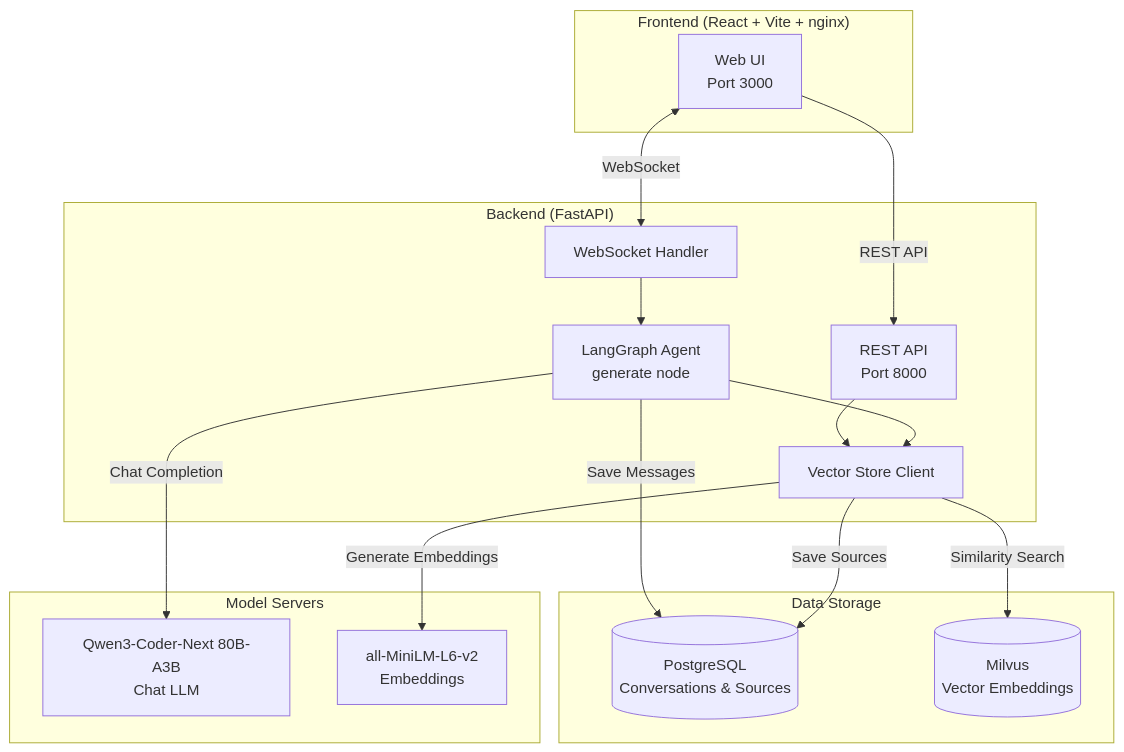
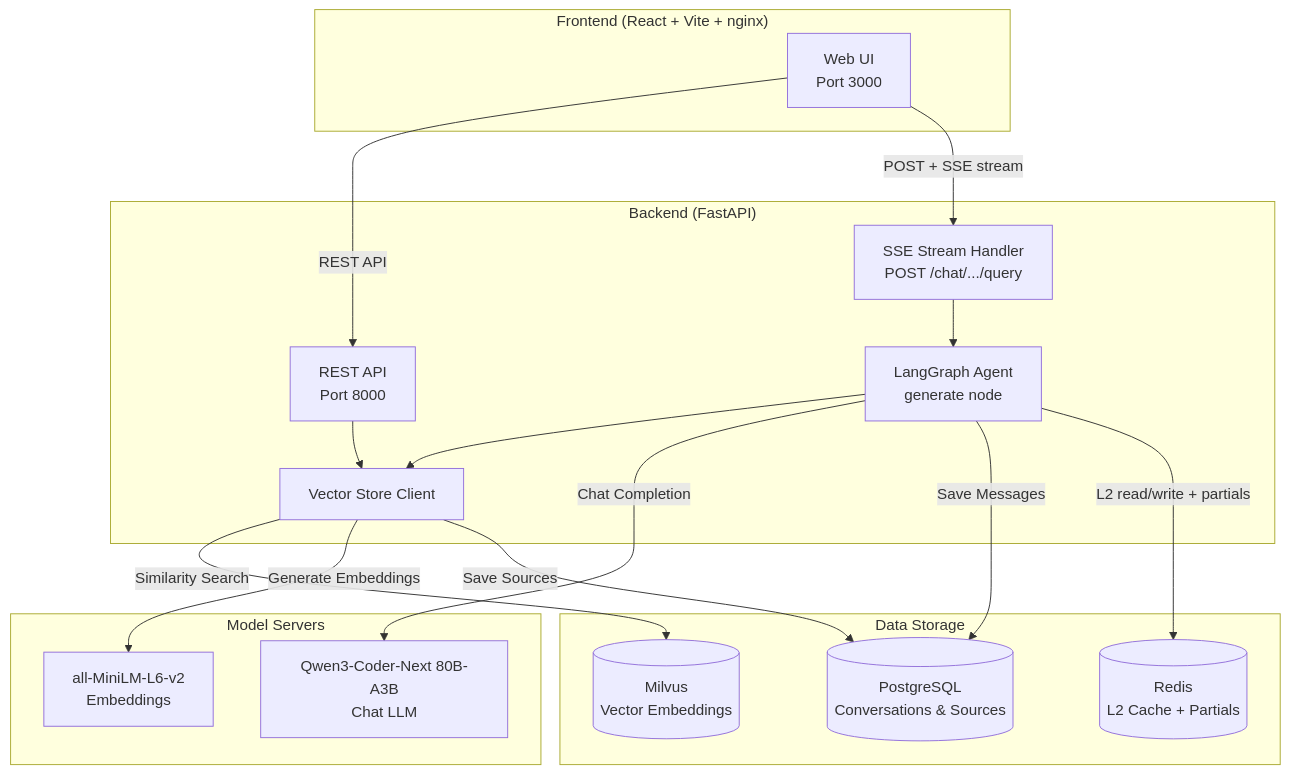
The first of 3 diagrams in README.md (devgig/rag-agent-chatbot), drawn with Mermaid before and after one commit. The commit also changed other lines of this file and 17 other files, not shown here.

First line of the commit message:
Switch chat transport from WebSocket to SSE; add Redis L2 cache

````diff
--- a/README.md
+++ b/README.md
@@ -31,37 +31,39 @@
 ```mermaid
 flowchart TB
     subgraph Frontend["Frontend (React + Vite + nginx)"]
         UI[Web UI<br/>Port 3000]
     end
 
     subgraph Backend["Backend (FastAPI)"]
         API[REST API<br/>Port 8000]
-        WSHandler[WebSocket Handler]
+        SSE[SSE Stream Handler<br/>POST /chat/.../query]
         Agent[LangGraph Agent<br/>generate node]
         VectorStore[Vector Store Client]
     end
 
     subgraph Storage["Data Storage"]
         Postgres[(PostgreSQL<br/>Conversations & Sources)]
+        Redis[(Redis<br/>L2 Cache + Partials)]
         Milvus[(Milvus<br/>Vector Embeddings)]
     end
 
     subgraph Models["Model Servers"]
         LLM[Qwen3-Coder-Next 80B-A3B<br/>Chat LLM]
         Embed[all-MiniLM-L6-v2<br/>Embeddings]
     end
 
     UI -->|REST API| API
-    UI <-->|WebSocket| WSHandler
+    UI -->|POST + SSE stream| SSE
 
-    WSHandler --> Agent
+    SSE --> Agent
     API --> VectorStore
 
     Agent --> VectorStore
     Agent -->|Chat Completion| LLM
     VectorStore -->|Similarity Search| Milvus
     VectorStore -->|Generate Embeddings| Embed
 
     Agent -->|Save Messages| Postgres
+    Agent -->|L2 read/write + partials| Redis
     VectorStore -->|Save Sources| Postgres
 ```
````
